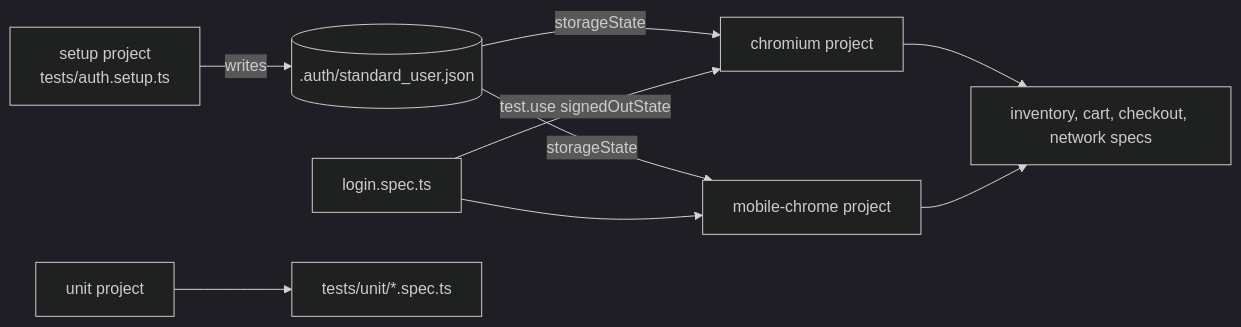
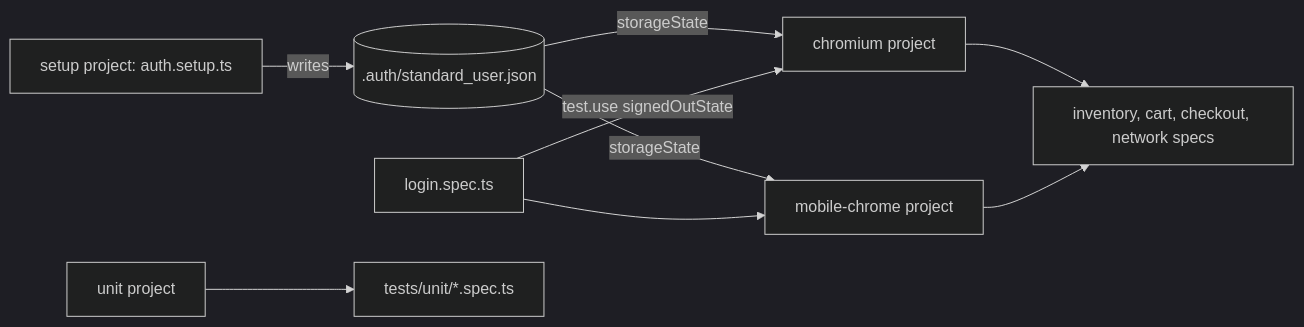
Before and after one commit to EarlFernandes/qa-automation-portfolio: the diagram in playwright/README.md, drawn with Mermaid (dark theme). The commit also changed other lines of this file and 35 other files, not shown here.

````diff
--- a/playwright/README.md
+++ b/playwright/README.md
@@ -53,11 +63,11 @@
 ```mermaid
 flowchart LR
-    S[setup project<br/>tests/auth.setup.ts] -->|writes| F[(.auth/standard_user.json)]
-    F -->|storageState| C[chromium project]
-    F -->|storageState| M[mobile-chrome project]
-    C --> T1[inventory, cart, checkout, network specs]
+    S["setup project: auth.setup.ts"] -->|writes| F[(".auth/standard_user.json")]
+    F -->|storageState| C["chromium project"]
+    F -->|storageState| M["mobile-chrome project"]
+    C --> T1["inventory, cart, checkout, network specs"]
     M --> T1
-    L[login.spec.ts] -->|test.use signedOutState| C
+    L["login.spec.ts"] -->|"test.use signedOutState"| C
     L --> M
-    U[unit project] --> T2[tests/unit/*.spec.ts]
+    U["unit project"] --> T2["tests/unit/*.spec.ts"]
 ```
````
